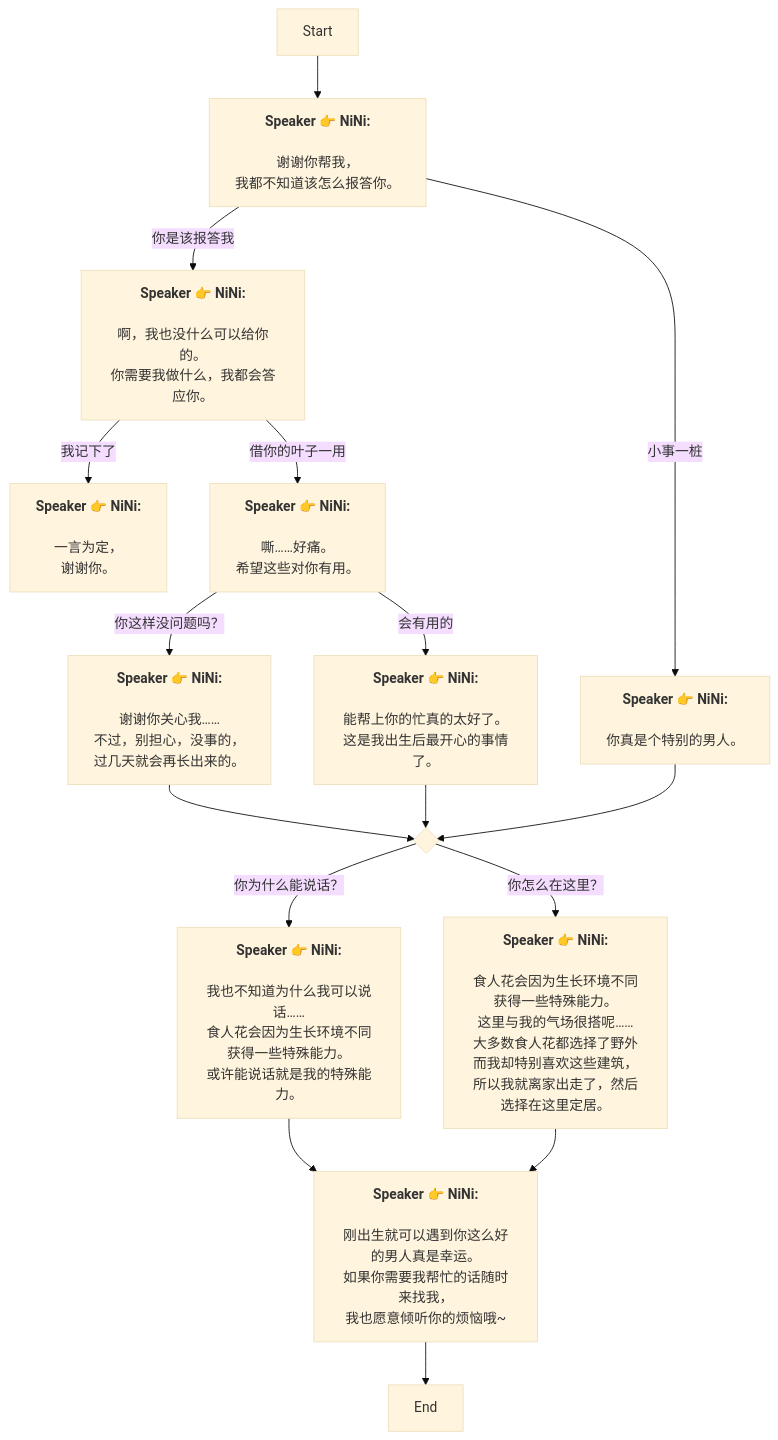
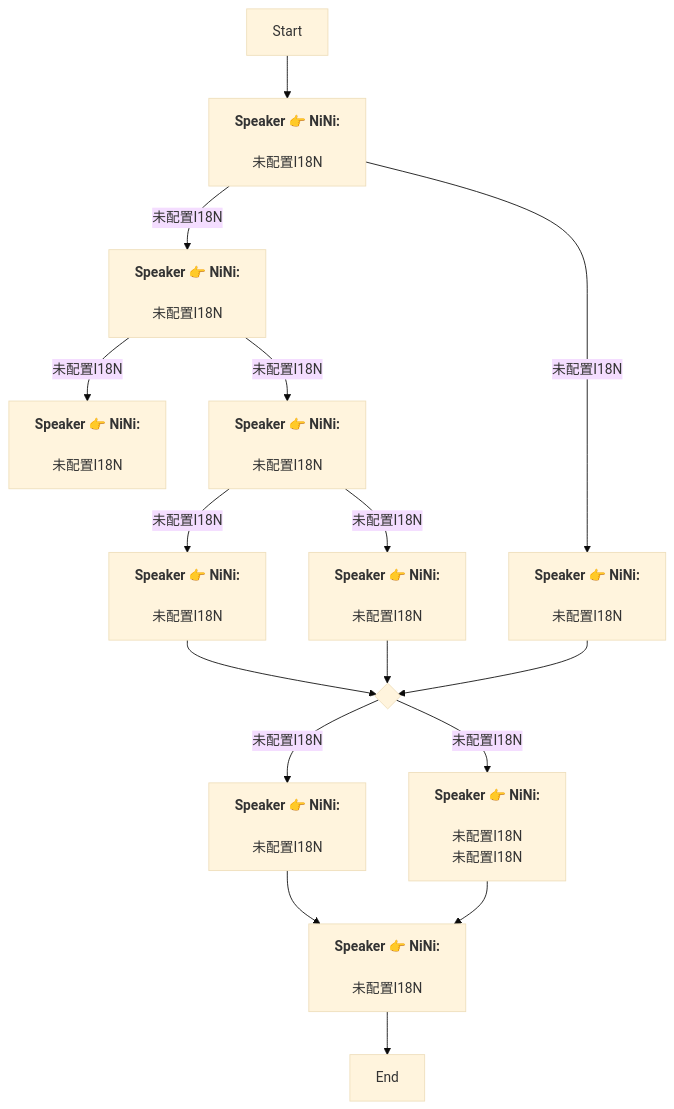
The diagram in Zh/AddDialogNode_1734737532776592.md (SoftHu/tos_avg), drawn with Mermaid (base theme) before and after one commit. The commit also changed 730 other files, not shown here.

````diff
--- a/Zh/AddDialogNode_1734737532776592.md
+++ b/Zh/AddDialogNode_1734737532776592.md
@@ -1,46 +1,30 @@
 ```mermaid
 graph
 Start -->1734737947222163[<b>Speaker 👉 NiNi:</b>
-\n谢谢你帮我，
-我都不知道该怎么报答你。]
-1734737947222163 -->|小事一桩|1734738230151322[<b>Speaker 👉 NiNi:</b>
-\n你真是个特别的男人。]
-1734737947222163 -->|你是该报答我|1734738232433819[<b>Speaker 👉 NiNi:</b>
-\n啊，我也没什么可以给你的。
-你需要我做什么，我都会答应你。]
-1734738232433819 -->|我记下了|1734738819357858[<b>Speaker 👉 NiNi:</b>
-\n一言为定，
-谢谢你。]
-1734738232433819 -->|借你的叶子一用|1734738888408228[<b>Speaker 👉 NiNi:</b>
-\n嘶……好痛。
-希望这些对你有用。]
-433684762183722 -->|你怎么在这里？|1734739265763508[<b>Speaker 👉 NiNi:</b>
-\n食人花会因为生长环境不同获得一些特殊能力。
-这里与我的气场很搭呢……\n大多数食人花都选择了野外
-而我却特别喜欢这些建筑，
-所以我就离家出走了，然后选择在这里定居。]
-433684762183722 -->|你为什么能说话？|1734739259156659[<b>Speaker 👉 NiNi:</b>
-\n我也不知道为什么我可以说话……
-食人花会因为生长环境不同获得一些特殊能力。
-或许能说话就是我的特殊能力。]
-1734738888408228 -->|会有用的|1734739142748331[<b>Speaker 👉 NiNi:</b>
-\n能帮上你的忙真的太好了。
-这是我出生后最开心的事情了。]
-1734738888408228 -->|你这样没问题吗？|1734739048734890[<b>Speaker 👉 NiNi:</b>
-\n谢谢你关心我……
-不过，别担心，没事的，
-过几天就会再长出来的。]
+\n未配置I18N]
+1734737947222163 -->|未配置I18N|1734738230151322[<b>Speaker 👉 NiNi:</b>
+\n未配置I18N]
+1734737947222163 -->|未配置I18N|1734738232433819[<b>Speaker 👉 NiNi:</b>
+\n未配置I18N]
+1734738232433819 -->|未配置I18N|1734738819357858[<b>Speaker 👉 NiNi:</b>
+\n未配置I18N]
+1734738232433819 -->|未配置I18N|1734738888408228[<b>Speaker 👉 NiNi:</b>
+\n未配置I18N]
+433684762183722 -->|未配置I18N|1734739265763508[<b>Speaker 👉 NiNi:</b>
+\n未配置I18N\n未配置I18N]
+433684762183722 -->|未配置I18N|1734739259156659[<b>Speaker 👉 NiNi:</b>
+\n未配置I18N]
+1734738888408228 -->|未配置I18N|1734739142748331[<b>Speaker 👉 NiNi:</b>
+\n未配置I18N]
+1734738888408228 -->|未配置I18N|1734739048734890[<b>Speaker 👉 NiNi:</b>
+\n未配置I18N]
 1734739048734890 -->433684762183722{ }
 1734739259156659 -->1734739954331835[<b>Speaker 👉 NiNi:</b>
-\n刚出生就可以遇到你这么好的男人真是幸运。
-如果你需要我帮忙的话随时来找我，
-我也愿意倾听你的烦恼哦~]
+\n未配置I18N]
 1734739954331835 -->1734740014229692[End]
 1734739265763508 -->1734739954331835[<b>Speaker 👉 NiNi:</b>
-\n刚出生就可以遇到你这么好的男人真是幸运。
-如果你需要我帮忙的话随时来找我，
-我也愿意倾听你的烦恼哦~]
+\n未配置I18N]
 1734739142748331 -->433684762183722{ }
 1734738230151322 -->433684762183722{ }
 
 ```
````
